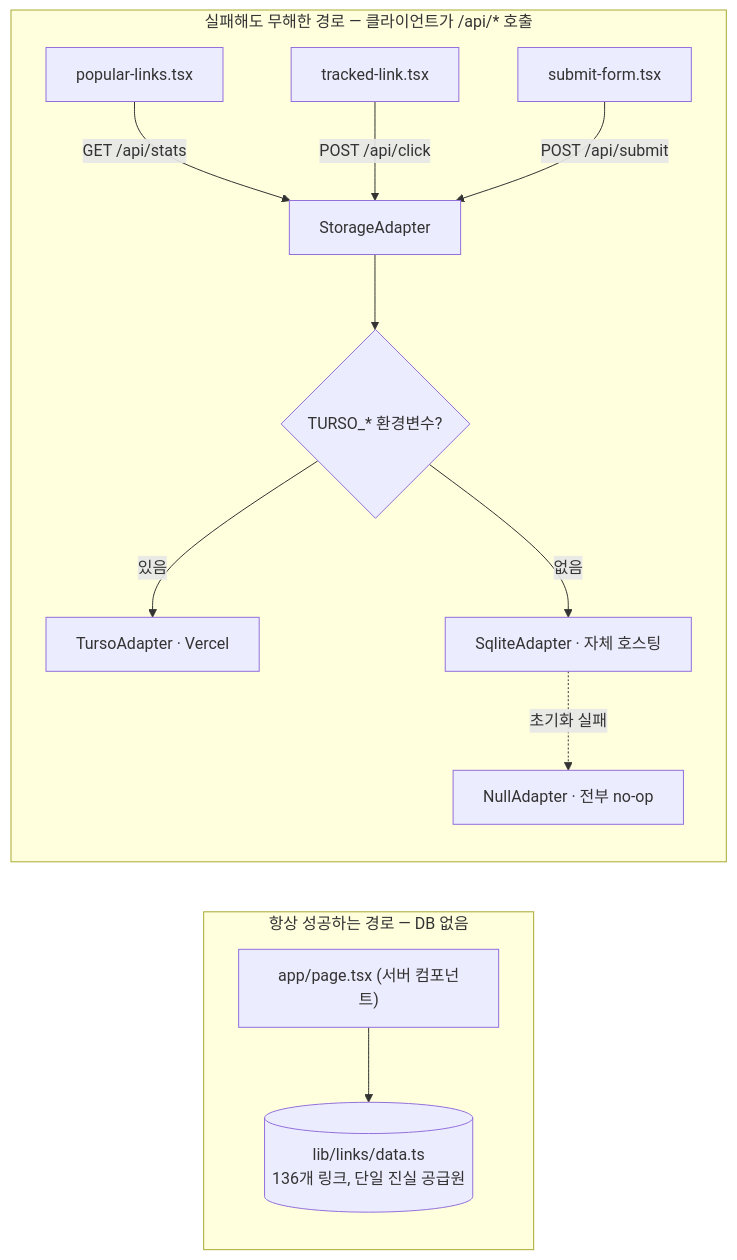
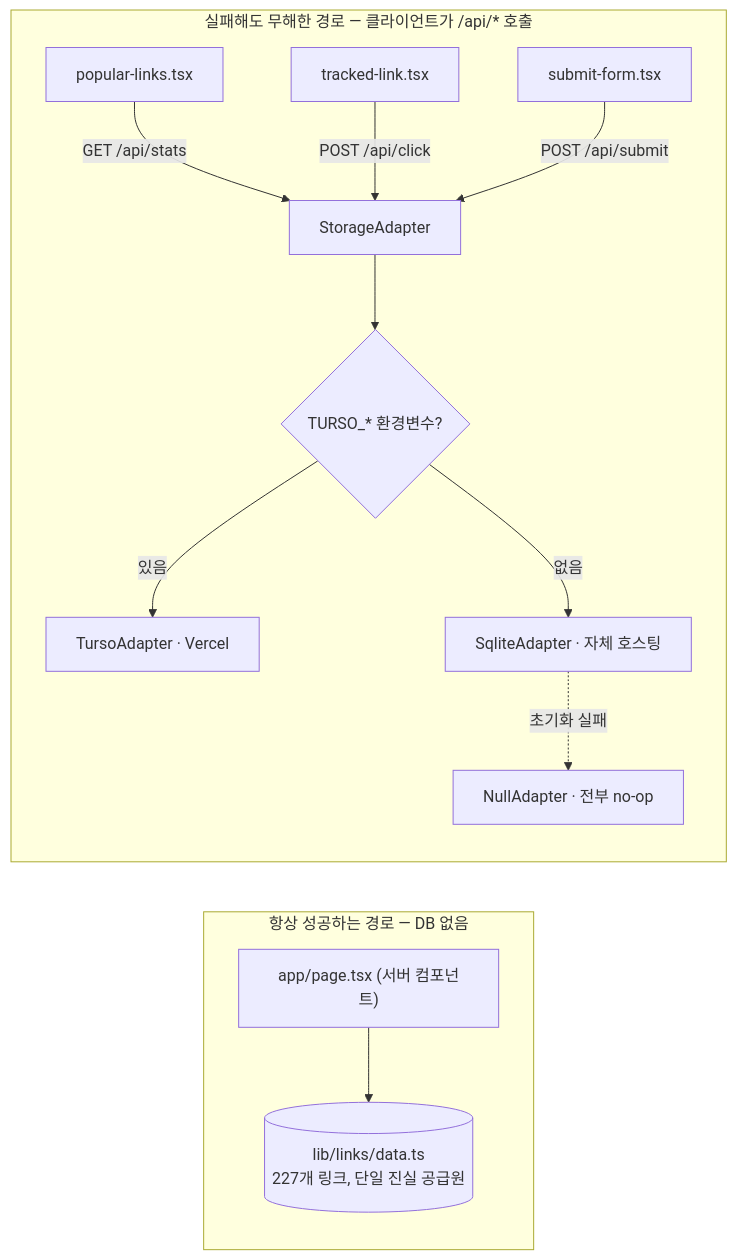
Before and after one commit to conny3233/knu_website: the second of 3 diagrams in README.md, drawn with Mermaid. The commit also changed other lines of this file and 7 other files, not shown here.

````diff
--- a/README.md
+++ b/README.md
@@ -111,16 +112,16 @@
 ```mermaid
 flowchart LR
     subgraph core["항상 성공하는 경로 — DB 없음"]
-        A["app/page.tsx (서버 컴포넌트)"] --> B[("lib/links/data.ts<br/>136개 링크, 단일 진실 공급원")]
+        A["app/page.tsx (서버 컴포넌트)"] --> B[("lib/links/data.ts<br/>227개 링크, 단일 진실 공급원")]
     end
 
     subgraph enhance["실패해도 무해한 경로 — 클라이언트가 /api/* 호출"]
         C["popular-links.tsx"] -- "GET /api/stats" --> E
         D["tracked-link.tsx"] -- "POST /api/click" --> E
         F["submit-form.tsx"] -- "POST /api/submit" --> E
         E["StorageAdapter"] --> G{"TURSO_* 환경변수?"}
         G -- 있음 --> H["TursoAdapter · Vercel"]
         G -- 없음 --> I["SqliteAdapter · 자체 호스팅"]
         I -. 초기화 실패 .-> J["NullAdapter · 전부 no-op"]
     end
 ```
````
